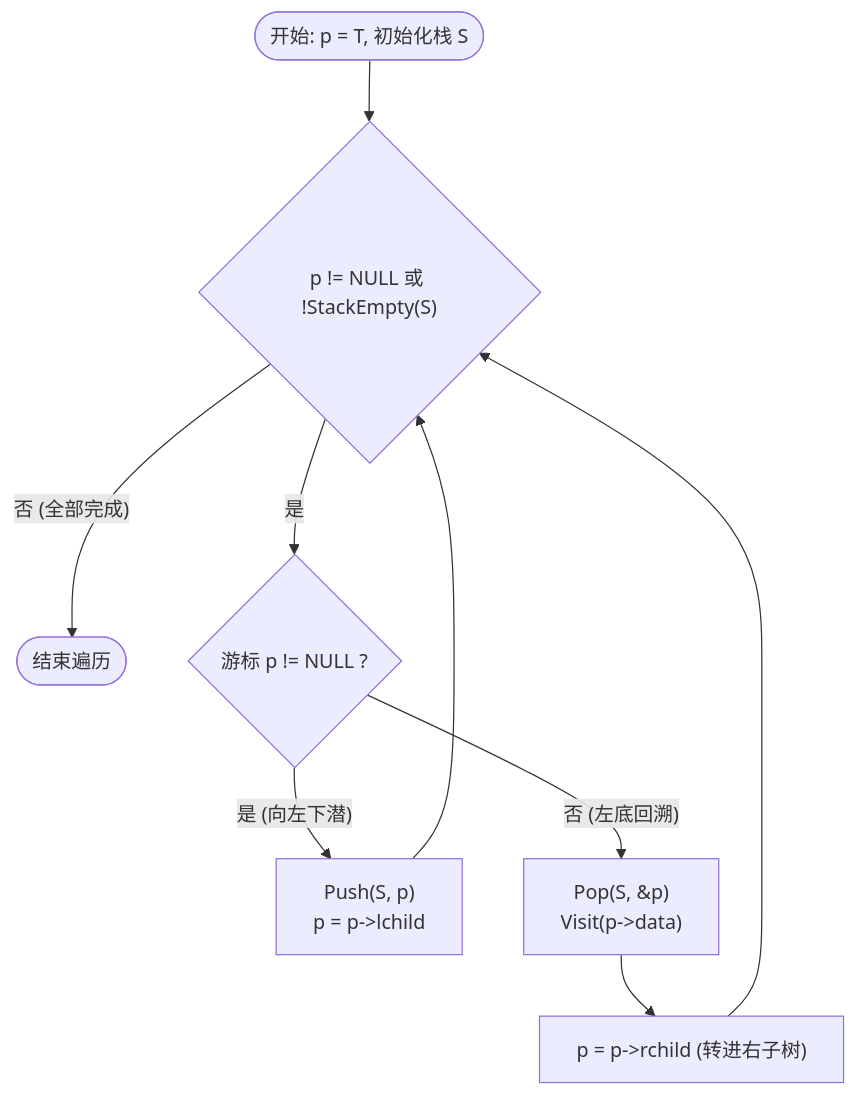
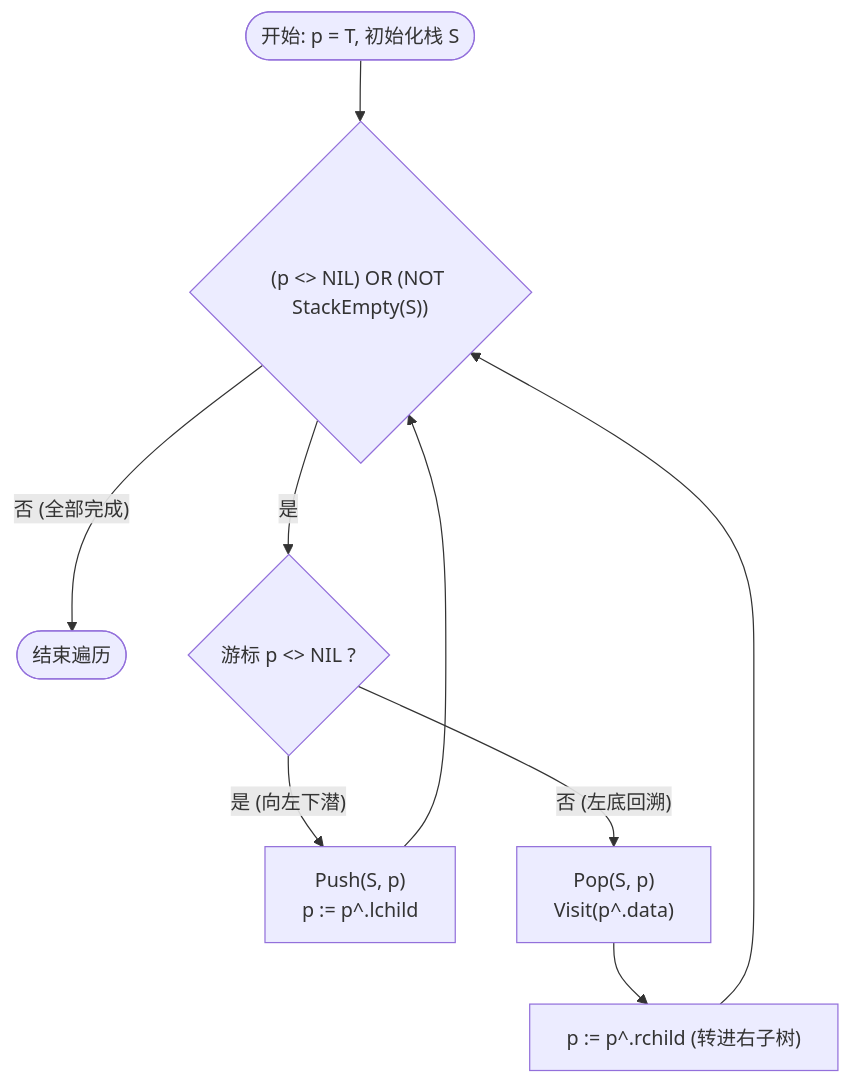
The sixth of 9 diagrams in 数据结构 第九周第二节 二叉树遍历与空间优化深度解析 专业版讲义.md (gududewangzhe/data-structures-notes), drawn with Mermaid before and after one commit. The commit also changed other lines of this file, not shown here.

````diff
--- a/数据结构 第九周第二节 二叉树遍历与空间优化深度解析 专业版讲义.md
+++ b/数据结构 第九周第二节 二叉树遍历与空间优化深度解析 专业版讲义.md
@@ -286,13 +283,13 @@
 ```mermaid
 flowchart TD
-    StartAlg([开始: p = T, 初始化栈 S]) --> Cond{"p != NULL 或 !StackEmpty(S)"}
+    StartAlg([开始: p = T, 初始化栈 S]) --> Cond{"(p <> NIL) OR (NOT StackEmpty(S))"}
     Cond -- 否 (全部完成) --> Done([结束遍历])
-    Cond -- 是 --> Branch{"游标 p != NULL ?"}
+    Cond -- 是 --> Branch{"游标 p <> NIL ?"}
 
-    Branch -- 是 (向左下潜) --> PushAction["Push(S, p)<br>p = p->lchild"]
+    Branch -- 是 (向左下潜) --> PushAction["Push(S, p)<br>p := p^.lchild"]
     PushAction --> Cond
 
-    Branch -- 否 (左底回溯) --> PopAction["Pop(S, &p)<br>Visit(p->data)"]
-    PopAction --> TurnRight["p = p->rchild (转进右子树)"]
+    Branch -- 否 (左底回溯) --> PopAction["Pop(S, p)<br>Visit(p^.data)"]
+    PopAction --> TurnRight["p := p^.rchild (转进右子树)"]
     TurnRight --> Cond
 ```
````
